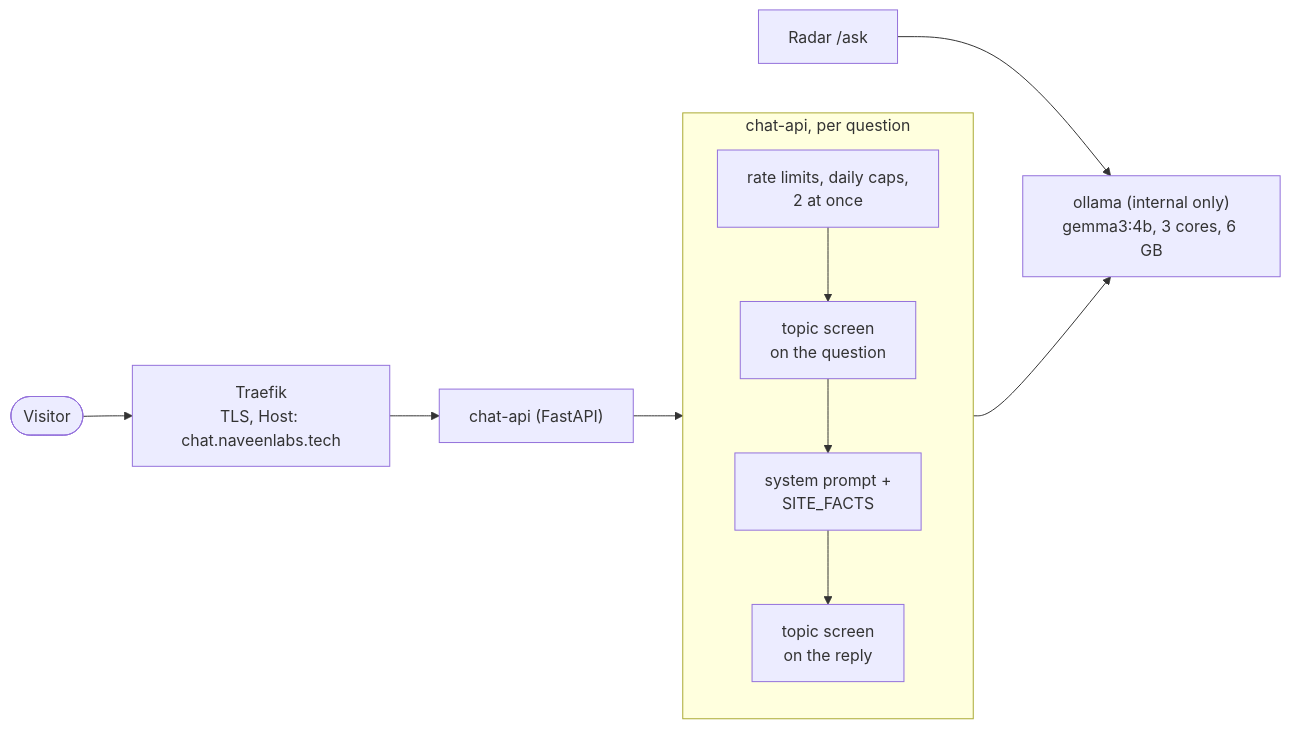
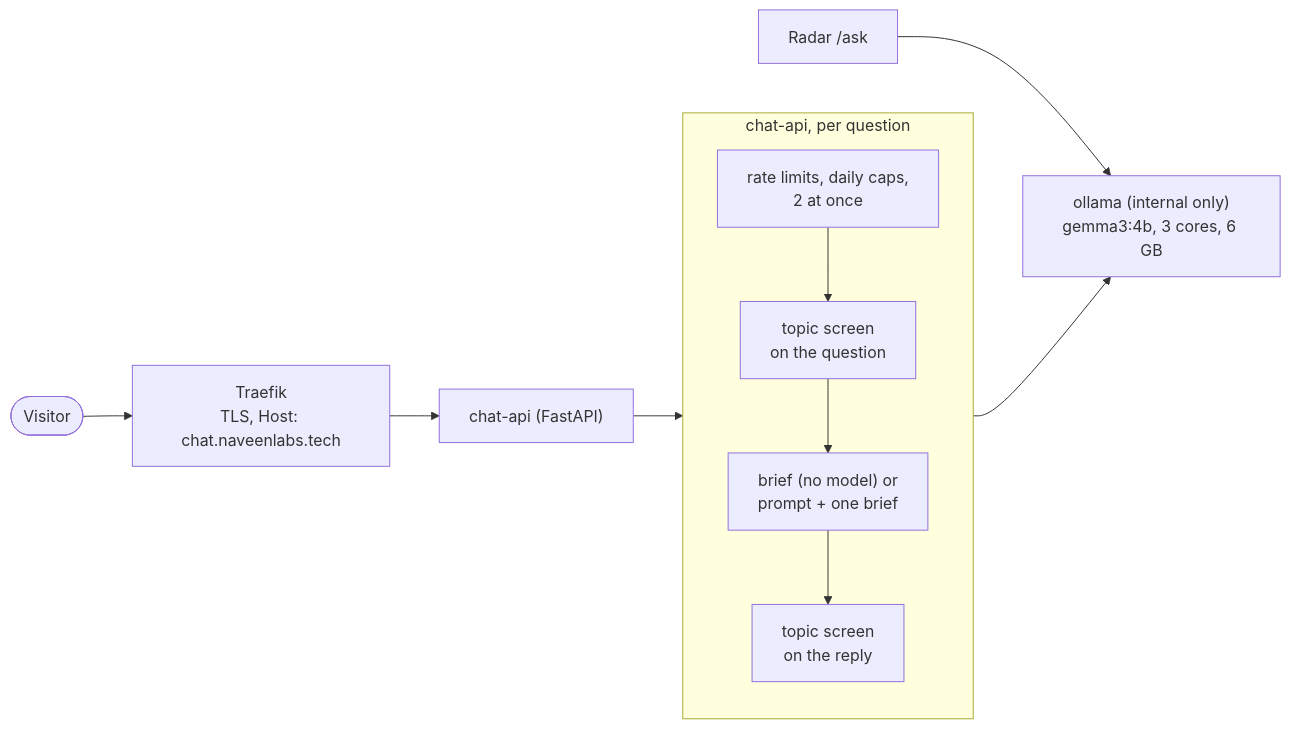
Before and after one commit to dsnaveenkumar15/naveenlabs-ai: the diagram in README.md, drawn with Mermaid. The commit also changed other lines of this file and 1 other file, not shown here.

````diff
--- a/README.md
+++ b/README.md
@@ -100,14 +106,14 @@
 ```mermaid
 flowchart LR
     visitor(["Visitor"]) --> traefik["Traefik<br/>TLS, Host: chat.naveenlabs.tech"]
     traefik --> api["chat-api (FastAPI)"]
     subgraph api_inside["chat-api, per question"]
         direction TB
         limits["rate limits, daily caps,<br/>2 at once"] --> screen["topic screen<br/>on the question"]
-        screen --> prompt["system prompt +<br/>SITE_FACTS"]
+        screen --> prompt["brief (no model) or<br/>prompt + one brief"]
         prompt --> reply_screen["topic screen<br/>on the reply"]
     end
     api --> api_inside
     prompt --> ollama["ollama (internal only)<br/>gemma3:4b, 3 cores, 6 GB"]
     radar["Radar /ask"] --> ollama
 ```
````
